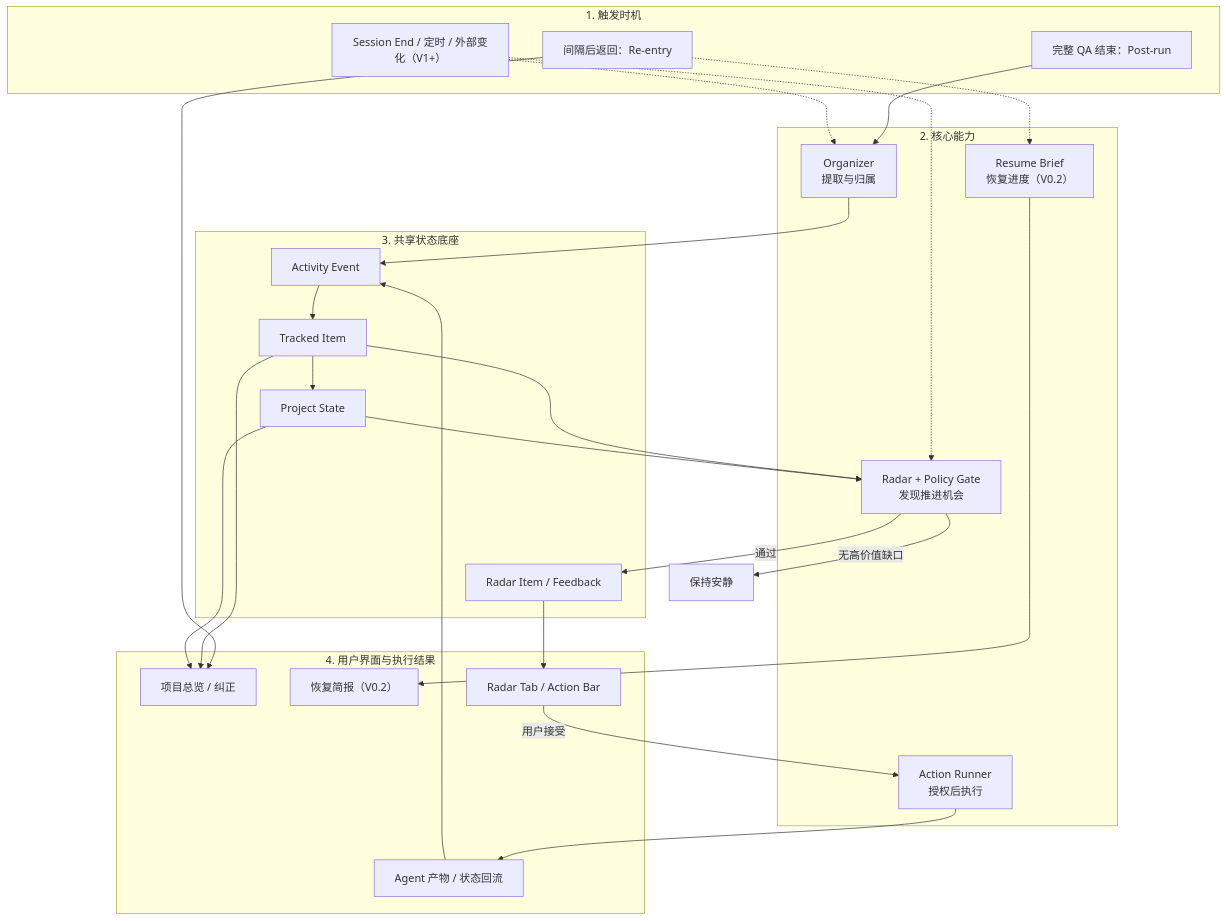
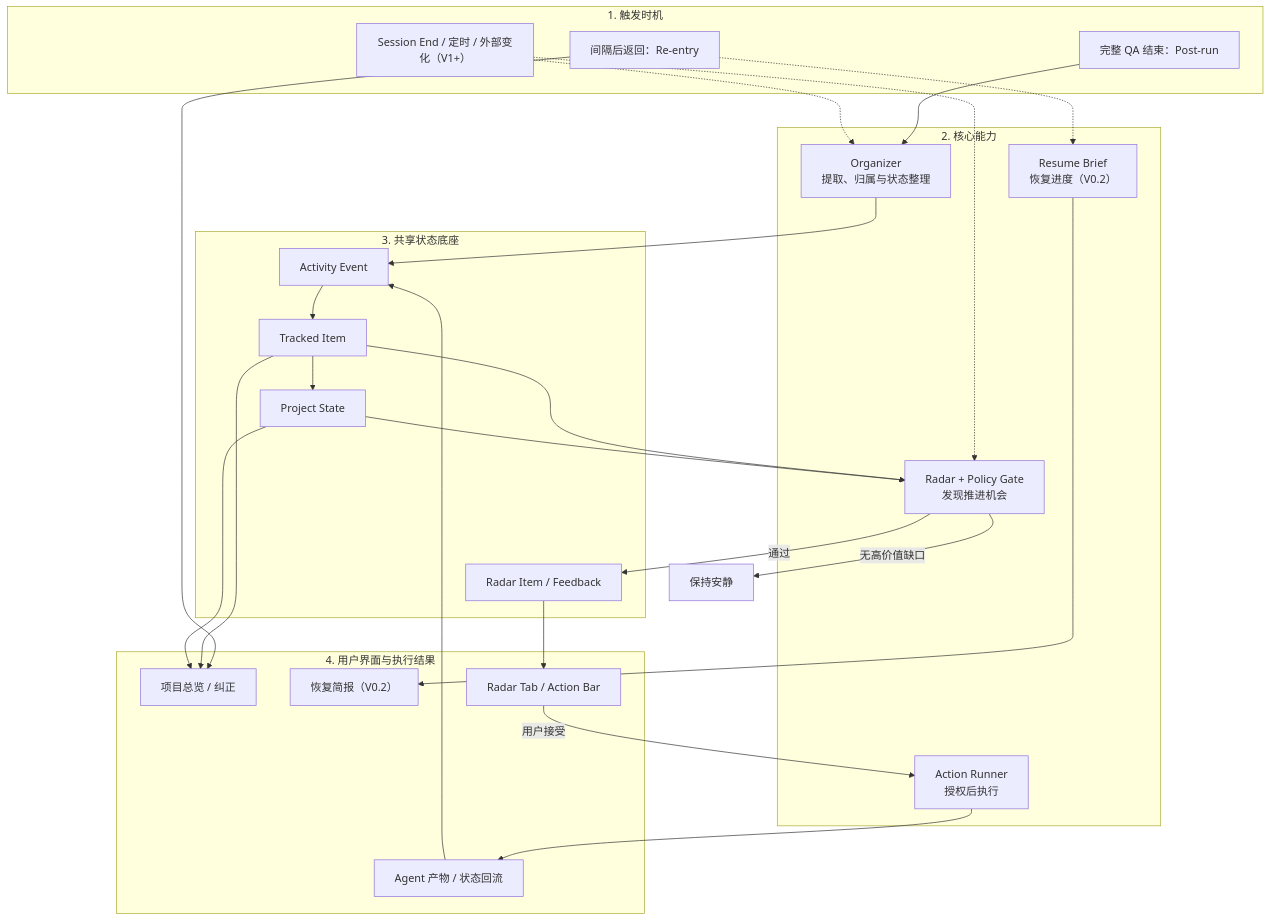
Before and after one commit to 1firecracker/project-radar-docs: the first of 4 diagrams in public/content/raw/02-架构与设计/技术设计.md, drawn with Mermaid. The commit also changed other lines of this file and 22 other files, not shown here.

````diff
--- a/public/content/raw/02-架构与设计/技术设计.md
+++ b/public/content/raw/02-架构与设计/技术设计.md
@@ -18,40 +18,40 @@
 ```mermaid
 flowchart TB
   subgraph trigger["1. 触发时机"]
     postrun["完整 QA 结束：Post-run"]
     reentry["间隔后返回：Re-entry"]
     future["Session End / 定时 / 外部变化（V1+）"]
   end
 
   subgraph capability["2. 核心能力"]
-    organizer["Organizer\n提取与归属"]
+    organizer["Organizer\n提取、归属与状态整理"]
     resume["Resume Brief\n恢复进度（V0.2）"]
     analyzer["Radar + Policy Gate\n发现推进机会"]
     runner["Action Runner\n授权后执行"]
   end
 
   subgraph state["3. 共享状态底座"]
     event["Activity Event"] --> item["Tracked Item"] --> project["Project State"]
     radarstore["Radar Item / Feedback"]
   end
 
   subgraph experience["4. 用户界面与执行结果"]
     overview["项目总览 / 纠正"]
     resumecard["恢复简报（V0.2）"]
     radarui["Radar Tab / Action Bar"]
     output["Agent 产物 / 状态回流"]
   end
 
   postrun --> organizer --> event
   item --> analyzer
   project --> analyzer
   analyzer -->|"通过"| radarstore --> radarui
   analyzer -->|"无高价值缺口"| quiet["保持安静"]
   reentry --> overview
   reentry -.-> resume --> resumecard
   future -.-> organizer
   future -.-> analyzer
   item --> overview
   project --> overview
   radarui -->|"用户接受"| runner --> output --> event
 ```
````
